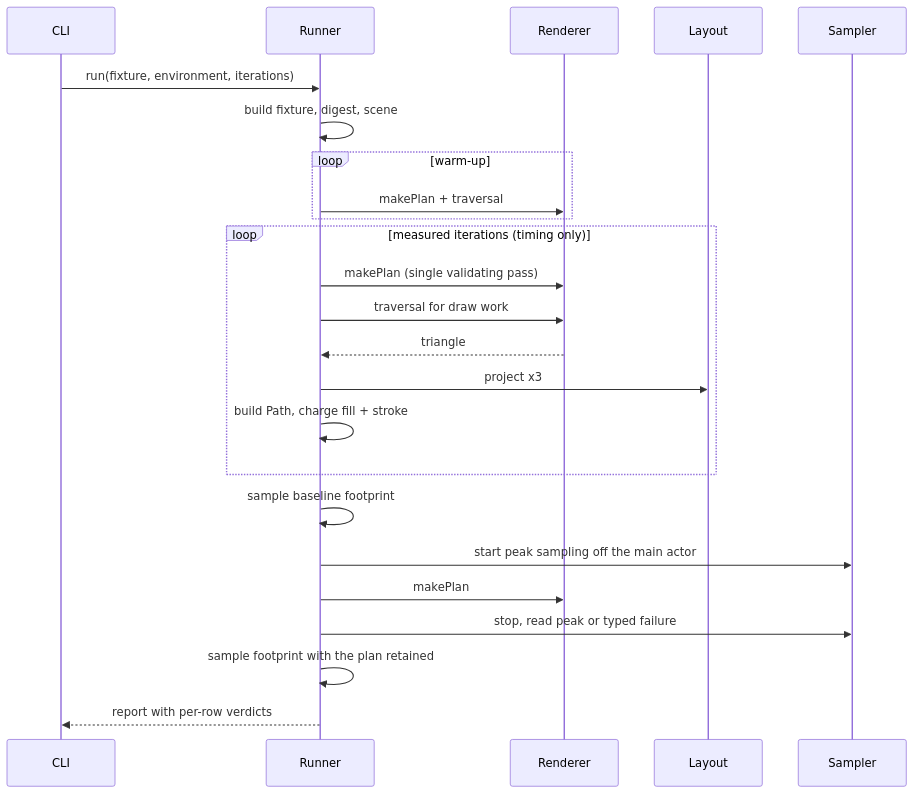
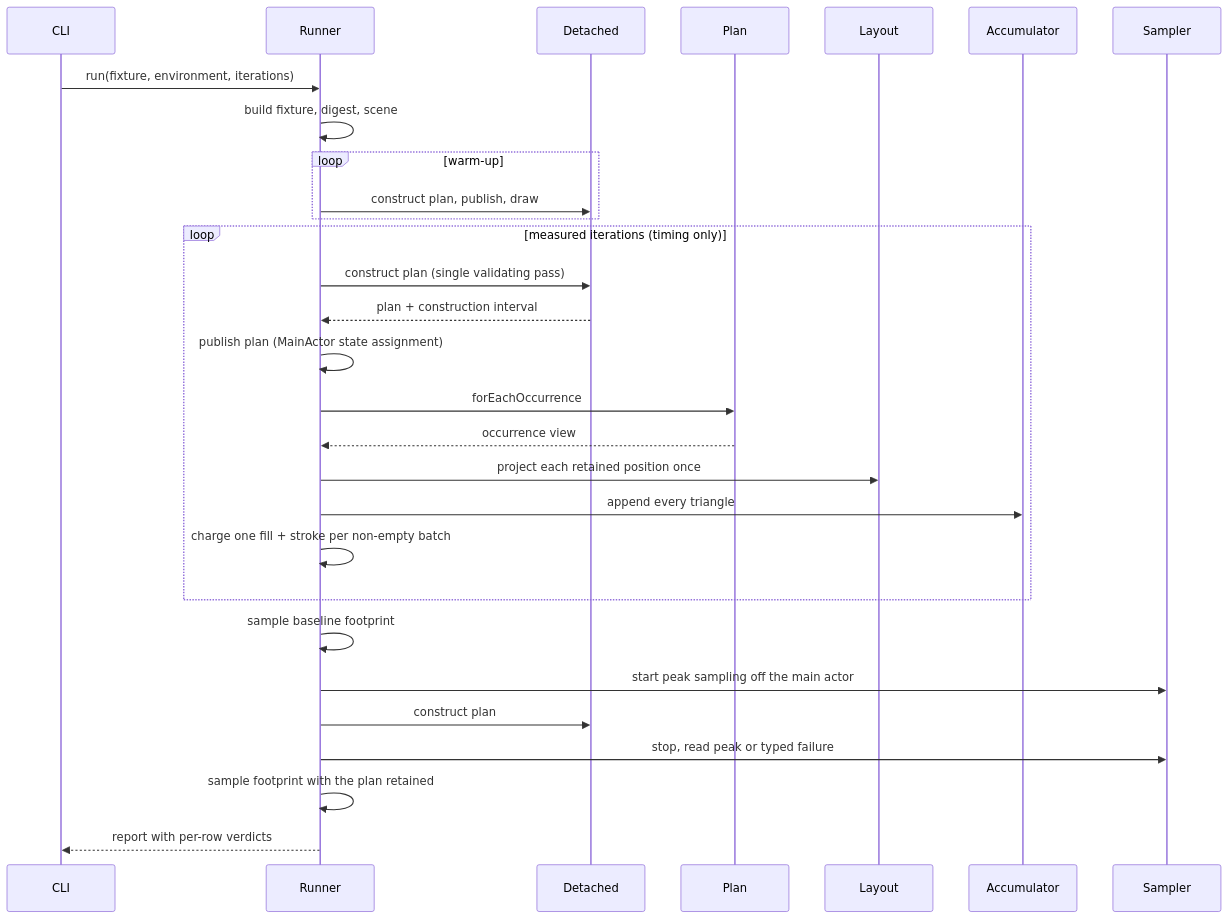
One commit to 1amageek/Rupa changed the second of 2 diagrams in RupaKit/Sources/RupaResponsivenessBaseline/DESIGN.md. Above: the diagram before and after it, drawn with Mermaid. The commit also changed other lines of this file and 9 other files, not shown here.

First line of the commit message:
Compose off-main plan preparation with batched Canvas consumption

````diff
--- a/RupaKit/Sources/RupaResponsivenessBaseline/DESIGN.md
+++ b/RupaKit/Sources/RupaResponsivenessBaseline/DESIGN.md
@@ -116,27 +132,32 @@
 ```mermaid
 sequenceDiagram
     participant CLI
     participant Runner
-    participant Renderer
+    participant Detached
+    participant Plan
     participant Layout
+    participant Accumulator
     participant Sampler
 
     CLI->>Runner: run(fixture, environment, iterations)
     Runner->>Runner: build fixture, digest, scene
     loop warm-up
-        Runner->>Renderer: makePlan + traversal
+        Runner->>Detached: construct plan, publish, draw
     end
     loop measured iterations (timing only)
-        Runner->>Renderer: makePlan (single validating pass)
-        Runner->>Renderer: traversal for draw work
-        Renderer-->>Runner: triangle
-        Runner->>Layout: project x3
-        Runner->>Runner: build Path, charge fill + stroke
+        Runner->>Detached: construct plan (single validating pass)
+        Detached-->>Runner: plan + construction interval
+        Runner->>Runner: publish plan (MainActor state assignment)
+        Runner->>Plan: forEachOccurrence
+        Plan-->>Runner: occurrence view
+        Runner->>Layout: project each retained position once
+        Runner->>Accumulator: append every triangle
+        Runner->>Runner: charge one fill + stroke per non-empty batch
     end
     Runner->>Runner: sample baseline footprint
     Runner->>Sampler: start peak sampling off the main actor
-    Runner->>Renderer: makePlan
+    Runner->>Detached: construct plan
     Runner->>Sampler: stop, read peak or typed failure
     Runner->>Runner: sample footprint with the plan retained
     Runner-->>CLI: report with per-row verdicts
 ```
````
